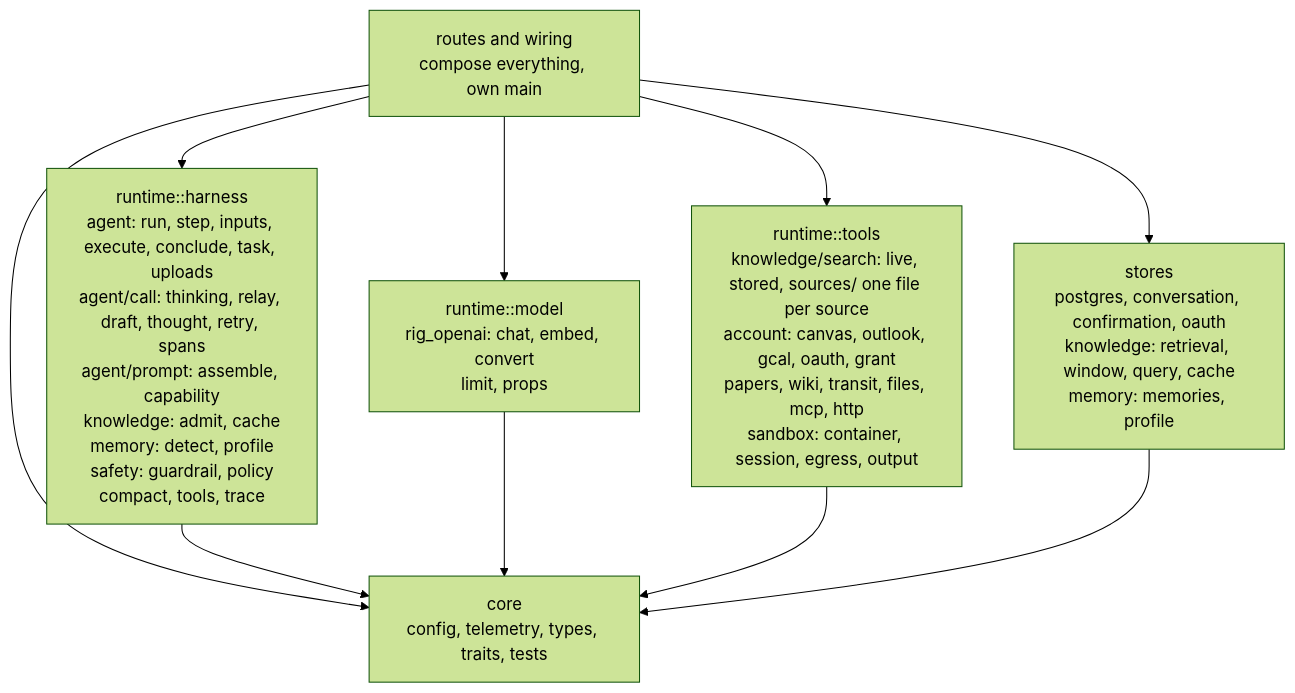
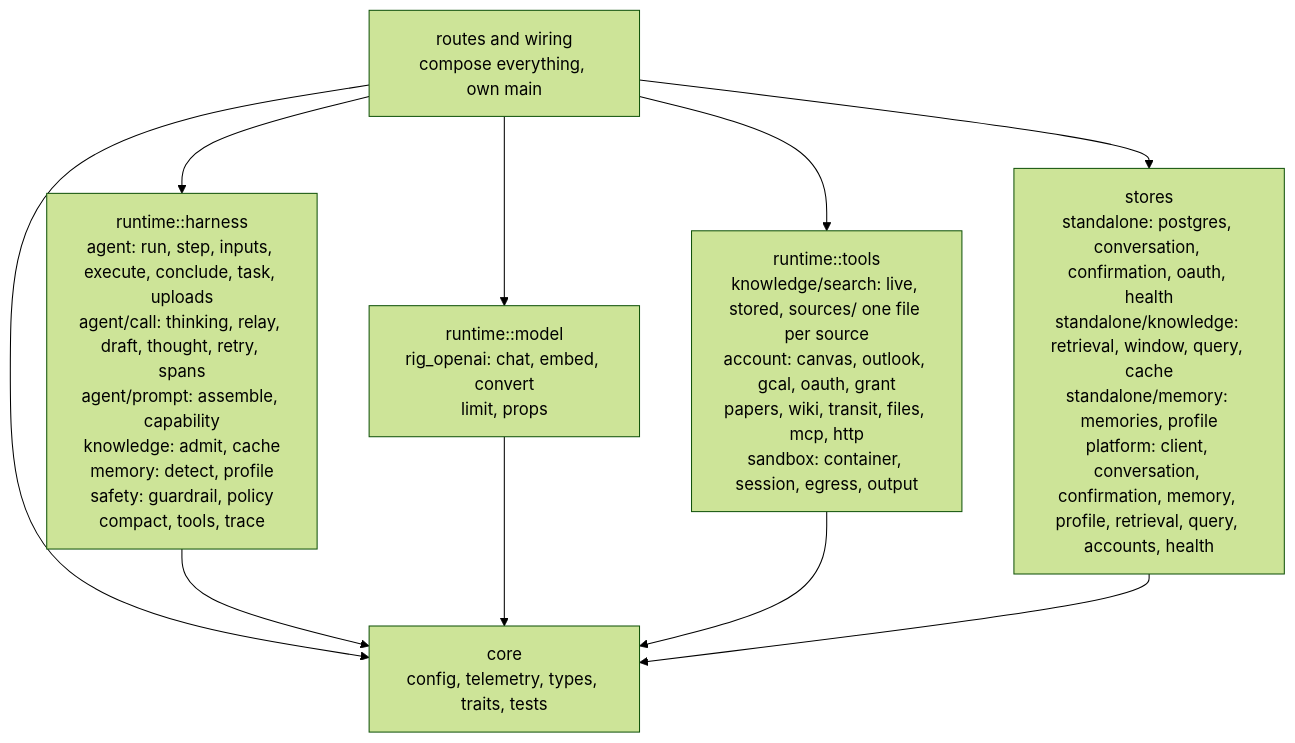
Before and after one commit to ashworks1706/SparkyAI: the second of 10 diagrams in docs/ARCHITECTURE.md, drawn with Mermaid (forest theme). The commit also changed other lines of this file and 68 other files, not shown here.

````diff
--- a/docs/ARCHITECTURE.md
+++ b/docs/ARCHITECTURE.md
@@ -136,19 +136,19 @@
 ```mermaid
 flowchart TD
     ROUTES["routes and wiring<br/>compose everything, own main"]
     HARNESS["runtime::harness<br/>agent: run, step, inputs, execute, conclude, task, uploads<br/>agent/call: thinking, relay, draft, thought, retry, spans<br/>agent/prompt: assemble, capability<br/>knowledge: admit, cache<br/>memory: detect, profile<br/>safety: guardrail, policy<br/>compact, tools, trace"]
     MODEL["runtime::model<br/>rig_openai: chat, embed, convert<br/>limit, props"]
     TOOLS["runtime::tools<br/>knowledge/search: live, stored, sources/ one file per source<br/>account: canvas, outlook, gcal, oauth, grant<br/>papers, wiki, transit, files, mcp, http<br/>sandbox: container, session, egress, output"]
-    STORES["stores<br/>postgres, conversation, confirmation, oauth<br/>knowledge: retrieval, window, query, cache<br/>memory: memories, profile"]
+    STORES["stores<br/>standalone: postgres, conversation, confirmation, oauth, health<br/>standalone/knowledge: retrieval, window, query, cache<br/>standalone/memory: memories, profile<br/>platform: client, conversation, confirmation, memory, profile, retrieval, query, accounts, health"]
     CORE["core<br/>config, telemetry, types, traits, tests"]
 
     ROUTES --> HARNESS
     ROUTES --> MODEL
     ROUTES --> TOOLS
     ROUTES --> STORES
     ROUTES --> CORE
     HARNESS --> CORE
     MODEL --> CORE
     TOOLS --> CORE
     STORES --> CORE
 ```
````
